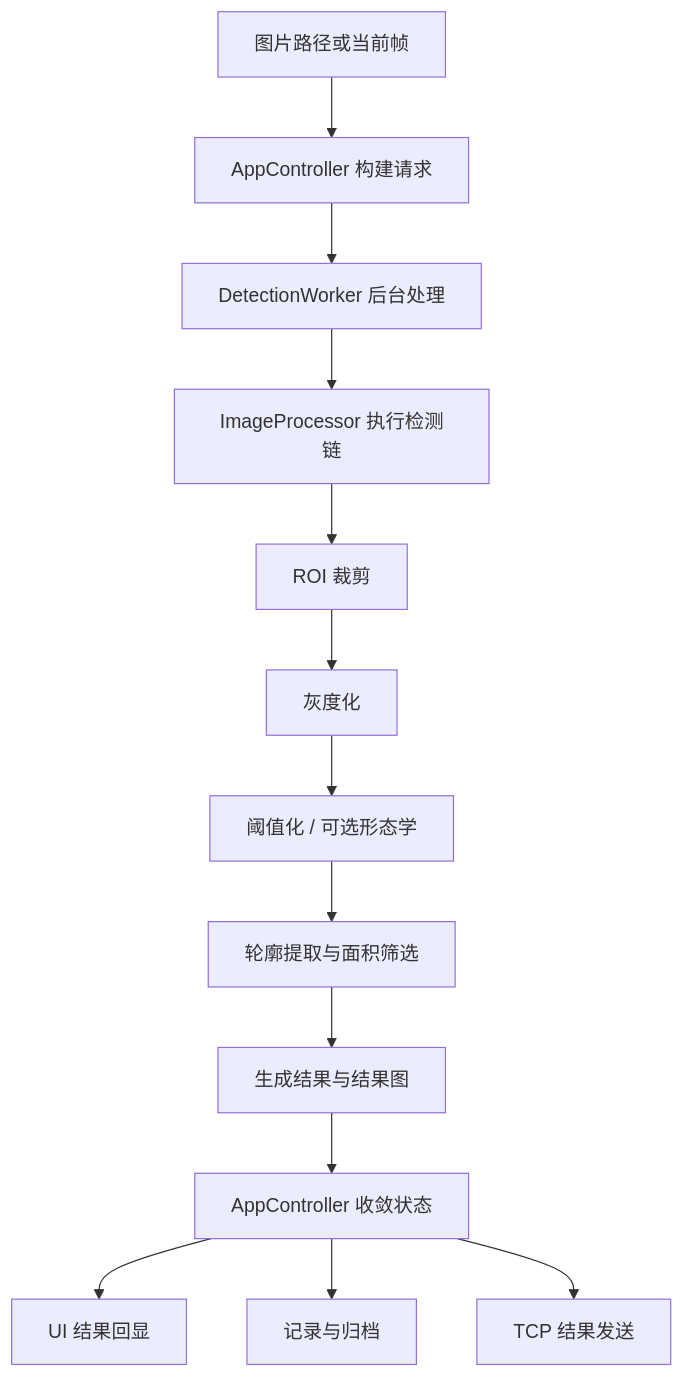
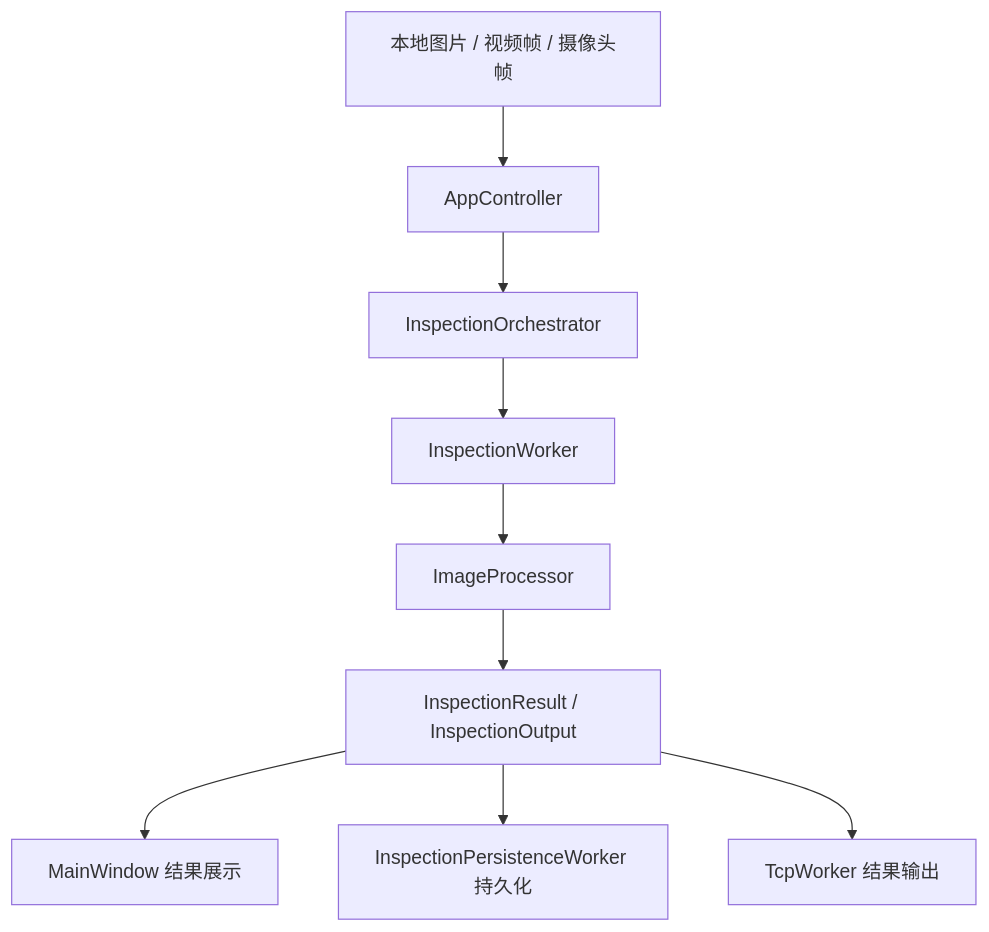
Before and after one commit to E1nesta/industrial-OpenCV: the diagram in README.md, drawn with Mermaid. The commit also changed other lines of this file and 103 other files, not shown here.

Commit message:
refactor architecture and finish ui integration

````diff
--- a/README.md
+++ b/README.md
@@ -35,15 +39,11 @@
 ```mermaid
 flowchart TD
-    A["图片路径或当前帧"] --> B["AppController 构建请求"]
-    B --> C["DetectionWorker 后台处理"]
-    C --> D["ImageProcessor 执行检测链"]
-    D --> E["ROI 裁剪"]
-    E --> F["灰度化"]
-    F --> G["阈值化 / 可选形态学"]
-    G --> H["轮廓提取与面积筛选"]
-    H --> I["生成结果与结果图"]
-    I --> J["AppController 收敛状态"]
-    J --> K["UI 结果回显"]
-    J --> L["记录与归档"]
-    J --> M["TCP 结果发送"]
+    A["本地图片 / 视频帧 / 摄像头帧"] --> B["AppController"]
+    B --> C["InspectionOrchestrator"]
+    C --> D["InspectionWorker"]
+    D --> E["ImageProcessor"]
+    E --> F["InspectionResult / InspectionOutput"]
+    F --> G["MainWindow 结果展示"]
+    F --> H["InspectionPersistenceWorker 持久化"]
+    F --> I["TcpWorker 结果输出"]
 ```
````
